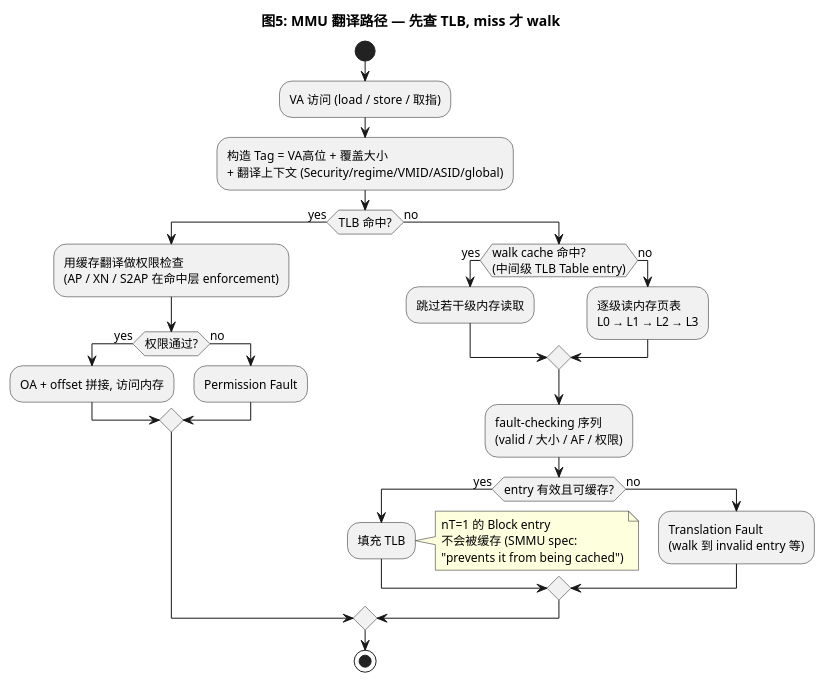
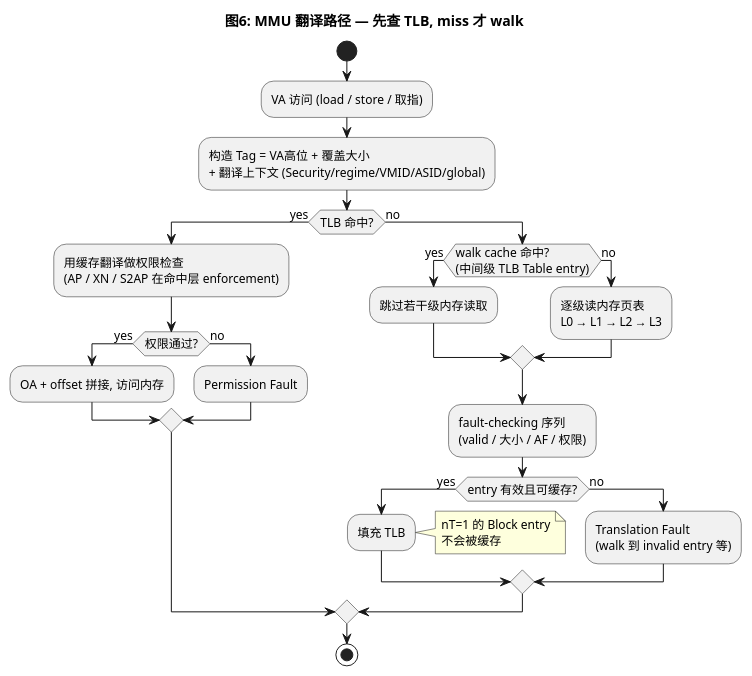
Before and after one commit to AkiraZheng/AkiraZheng.github.io: the seventh of 12 diagrams in source/_posts/ARM64-BBML源码分析-BBML0-BBML3.md, drawn with PlantUML. The commit also changed other lines of this file and 10 other files, not shown here.

````diff
--- a/source/_posts/ARM64-BBML源码分析-BBML0-BBML3.md
+++ b/source/_posts/ARM64-BBML源码分析-BBML0-BBML3.md
@@ -451,33 +625,33 @@
 ```plantuml
 @startuml
 skinparam backgroundColor white
 skinparam defaultFontSize 12
-title 图5: MMU 翻译路径 — 先查 TLB, miss 才 walk
+title 图6: MMU 翻译路径 — 先查 TLB, miss 才 walk
 
 start
 :VA 访问 (load / store / 取指);
 :构造 Tag = VA高位 + 覆盖大小\n+ 翻译上下文 (Security/regime/VMID/ASID/global);
 if (TLB 命中?) then (yes)
   :用缓存翻译做权限检查\n(AP / XN / S2AP 在命中层 enforcement);
   if (权限通过?) then (yes)
     :OA + offset 拼接, 访问内存;
   else (no)
     :Permission Fault;
   endif
 else (no)
   if (walk cache 命中?\n(中间级 TLB Table entry)) then (yes)
     :跳过若干级内存读取;
   else (no)
     :逐级读内存页表\nL0 → L1 → L2 → L3;
   endif
   :fault-checking 序列\n(valid / 大小 / AF / 权限);
   if (entry 有效且可缓存?) then (yes)
     :填充 TLB;
-    note right: nT=1 的 Block entry\n不会被缓存 (SMMU spec:\n"prevents it from being cached")
+    note right: nT=1 的 Block entry\n不会被缓存
   else (no)
     :Translation Fault\n(walk 到 invalid entry 等);
   endif
 endif
 stop
 @enduml
 ```
````
